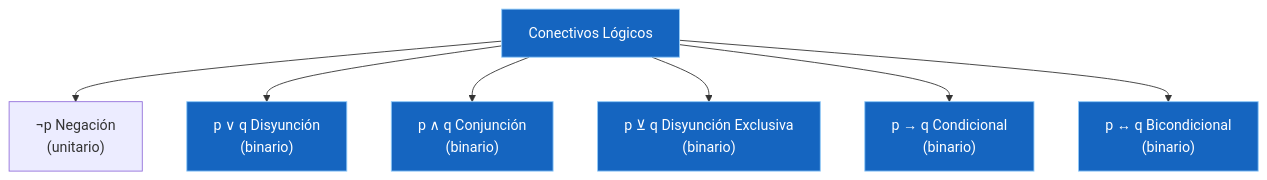
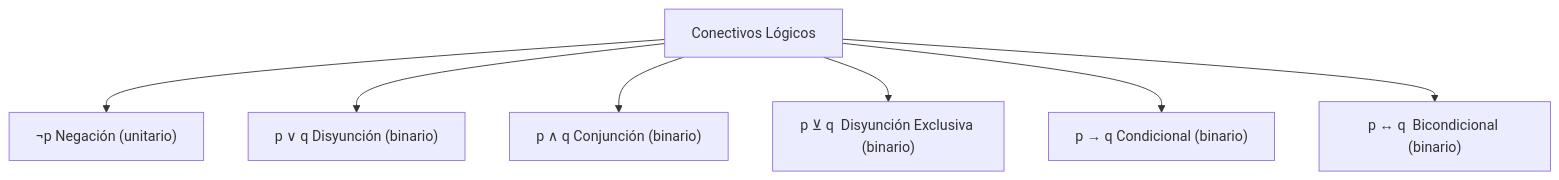
One commit to Fsteven22/Notas-ESPOL changed the first of 2 diagrams in src/site/notes/Universidad/3er Semestre/Matemáticas Discretas/Unidad 1 - Logica y Conjuntos/I - Lógica Proporcional/01 - Proposiciones, conectivos lógicos, tablas de verdad , propiedades y circuitos combinatorio.md. Above: the diagram before and after it, drawn with Mermaid. The commit also changed other lines of this file and 179 other files, not shown here.

````diff
--- a/src/site/notes/Universidad/3er Semestre/Matemáticas Discretas/Unidad 1 - Logica y Conjuntos/I - Lógica Proporcional/01 - Proposiciones, conectivos lógicos, tablas de verdad , propiedades y circuitos combinatorio.md
+++ b/src/site/notes/Universidad/3er Semestre/Matemáticas Discretas/Unidad 1 - Logica y Conjuntos/I - Lógica Proporcional/01 - Proposiciones, conectivos lógicos, tablas de verdad , propiedades y circuitos combinatorio.md
@@ -253,16 +253,10 @@
 ```mermaid
 graph TD
-    A[Conectivos Lógicos] --> B["¬p  Negación<br/>(unitario)"]
-    A --> C["p ∨ q  Disyunción<br/>(binario)"]
-    A --> D["p ∧ q  Conjunción<br/>(binario)"]
-    A --> E["p ⊻ q  Disyunción Exclusiva<br/>(binario)"]
-    A --> F["p → q  Condicional<br/>(binario)"]
-    A --> G["p ↔ q  Bicondicional<br/>(binario)"]
-    style A fill:#1565C0,color:#FFFFFF,stroke:#90CAF9,stroke-width:1px
-    style C fill:#1565C0,color:#FFFFFF,stroke:#90CAF9,stroke-width:1px
-    style D fill:#1565C0,color:#FFFFFF,stroke:#90CAF9,stroke-width:1px
-    style E fill:#1565C0,color:#FFFFFF,stroke:#90CAF9,stroke-width:1px
-    style F fill:#1565C0,color:#FFFFFF,stroke:#90CAF9,stroke-width:1px
-    style G fill:#1565C0,color:#FFFFFF,stroke:#90CAF9,stroke-width:1px
+    A[Conectivos Lógicos] --> B["¬p  Negación (unitario)"]
+    A --> C["p ∨ q  Disyunción (binario)"]
+    A --> D["p ∧ q  Conjunción (binario)"]
+    A --> E["p ⊻ q  Disyunción Exclusiva (binario)"]
+    A --> F["p → q  Condicional (binario)"]
+    A --> G["p ↔ q  Bicondicional (binario)"]
 
 ```
````
